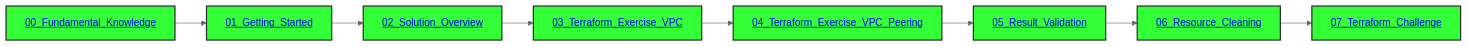
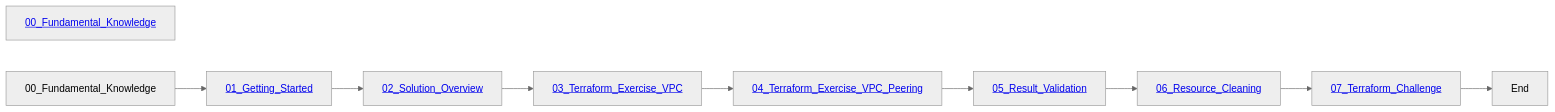
One commit to Huawei-APAC-Professional-Services/terraform-101-workshop changed the diagram in README.md. Above: the diagram before and after it, drawn with Mermaid (neutral theme). The commit also changed other lines of this file, not shown here.

````diff
--- a/README.md
+++ b/README.md
@@ -59,19 +46,20 @@
 ```mermaid
 flowchart LR
-    00_Fundamental_Knowledge[<a href='https://github.com/Huawei-APAC-Professional-Services/terraform-101-workshop/blob/master/workshop/00_Fundamental_Knowledge.md'>00_Fundamental_Knowledge</a>]
-    style 00_Fundamental_Knowledge fill:#33FF36,stroke:#333,stroke-width:2px
+    Start[<a href='https://github.com/Huawei-APAC-Professional-Services/terraform-101-workshop/blob/master/workshop/00_Fundamental_Knowledge.md'>00_Fundamental_Knowledge</a>]
+
     00_Fundamental_Knowledge --> 01_Getting_Started[<a href='https://github.com/Huawei-APAC-Professional-Services/terraform-101-workshop/blob/master/workshop/01_Getting_Started.md'>01_Getting_Started</a>]
-    style 01_Getting_Started fill:#33FF36,stroke:#333,stroke-width:2px
+
     01_Getting_Started --> 02_Solution_Overview[<a href='https://github.com/Huawei-APAC-Professional-Services/terraform-101-workshop/blob/master/workshop/02_Solution_Overview.md'>02_Solution_Overview</a>]
-    style 02_Solution_Overview fill:#33FF36,stroke:#333,stroke-width:2px
+
     02_Solution_Overview --> 03_Terraform_Exercise_VPC[<a href='https://github.com/Huawei-APAC-Professional-Services/terraform-101-workshop/blob/master/workshop/03_Terraform_Exercise_VPC.md'>03_Terraform_Exercise_VPC</a>]
-    style 03_Terraform_Exercise_VPC fill:#33FF36,stroke:#333,stroke-width:2px
+
     03_Terraform_Exercise_VPC --> 04_Terraform_Exercise_VPC_Peering[<a href='https://github.com/Huawei-APAC-Professional-Services/terraform-101-workshop/blob/master/workshop/04_Terraform_Exercise_VPC_Peering.md'>04_Terraform_Exercise_VPC_Peering</a>]
-    style 04_Terraform_Exercise_VPC_Peering fill:#33FF36,stroke:#333,stroke-width:2px
+
     04_Terraform_Exercise_VPC_Peering --> 05_Result_Validation[<a href='https://github.com/Huawei-APAC-Professional-Services/terraform-101-workshop/blob/master/workshop/05_Result_Validation.md'>05_Result_Validation</a>]
-    style 05_Result_Validation fill:#33FF36,stroke:#333,stroke-width:2px
+
     05_Result_Validation --> 06_Resource_Cleaning[<a href='https://github.com/Huawei-APAC-Professional-Services/terraform-101-workshop/blob/master/workshop/06_Resource_Cleaning.md'>06_Resource_Cleaning</a>]
-    style 06_Resource_Cleaning fill:#33FF36,stroke:#333,stroke-width:2px
+
     06_Resource_Cleaning --> 07_Terraform_Challenge[<a href='https://github.com/Huawei-APAC-Professional-Services/terraform-101-workshop/blob/master/workshop/07_Terraform_Challenge.md'>07_Terraform_Challenge</a>]
-    style 07_Terraform_Challenge fill:#33FF36,stroke:#333,stroke-width:2px
+
+    07_Terraform_Challenge --> End
 ```
````
